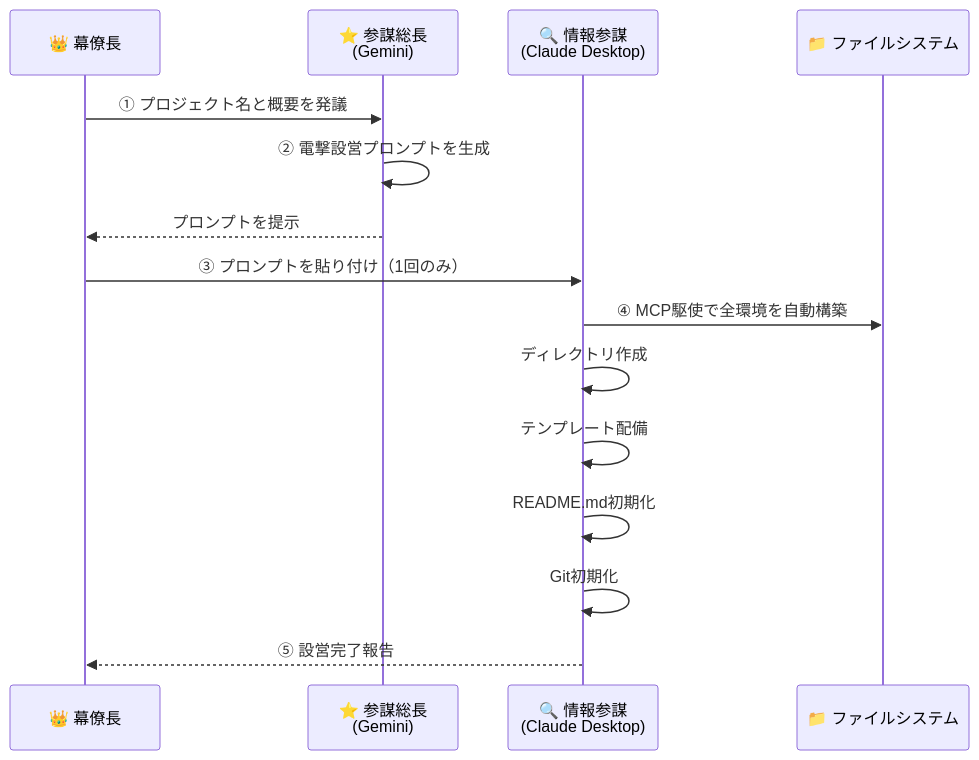
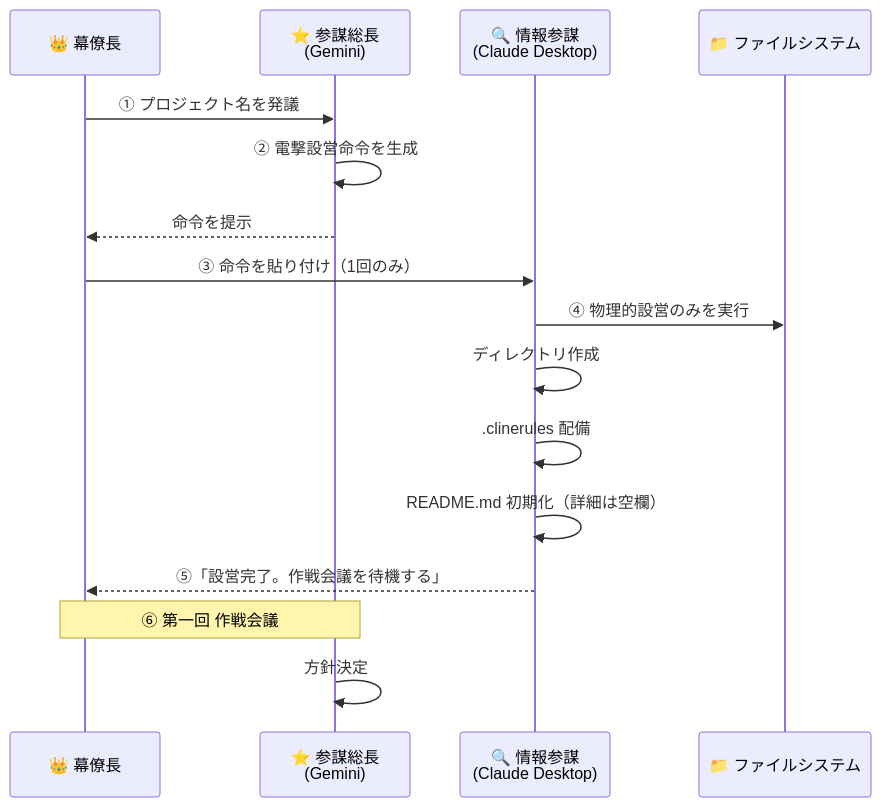
Before and after one commit to kumaxxp/ai-general-staff-protocol: the second of 2 diagrams in README.md, drawn with Mermaid. The commit also changed other lines of this file and 2 other files, not shown here.

````diff
--- a/README.md
+++ b/README.md
@@ -130,18 +142,19 @@
 ```mermaid
 sequenceDiagram
     participant U as 👑 幕僚長
     participant G as ⭐ 参謀総長<br/>(Gemini)
     participant C as 🔍 情報参謀<br/>(Claude Desktop)
     participant FS as 📁 ファイルシステム
 
-    U->>G: ① プロジェクト名と概要を発議
-    G->>G: ② 電撃設営プロンプトを生成
-    G-->>U: プロンプトを提示
-    U->>C: ③ プロンプトを貼り付け（1回のみ）
-    C->>FS: ④ MCP駆使で全環境を自動構築
+    U->>G: ① プロジェクト名を発議
+    G->>G: ② 電撃設営命令を生成
+    G-->>U: 命令を提示
+    U->>C: ③ 命令を貼り付け（1回のみ）
+    C->>FS: ④ 物理的設営のみを実行
     C->>C: ディレクトリ作成
-    C->>C: テンプレート配備
-    C->>C: README.md初期化
-    C->>C: Git初期化
-    C-->>U: ⑤ 設営完了報告
+    C->>C: .clinerules 配備
+    C->>C: README.md 初期化（詳細は空欄）
+    C-->>U: ⑤「設営完了。作戦会議を待機する」
+    Note over U,G: ⑥ 第一回 作戦会議
+    G->>G: 方針決定
 ```
````
